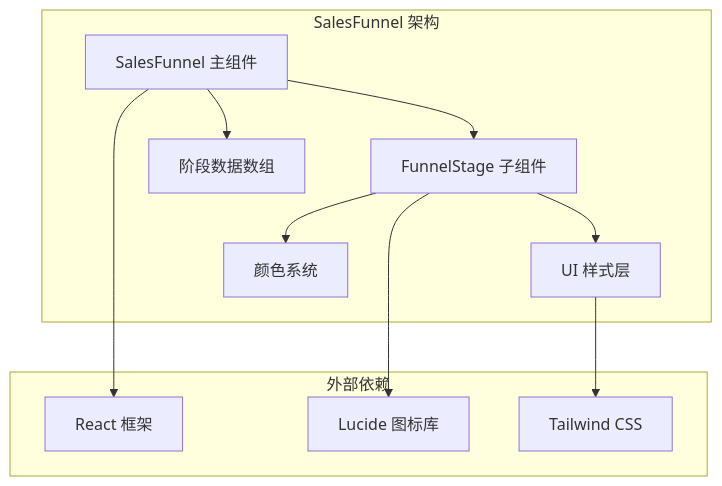
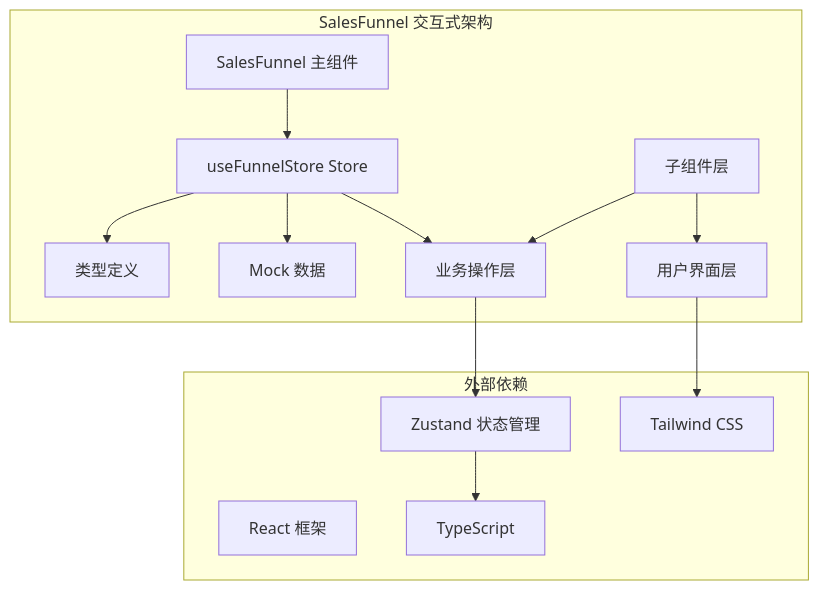
The first of 5 diagrams in .qoder/repowiki/zh/content/API参考/SalesFunnel 销售漏斗组件.md (xianjianshenqu/SalesFlow-CRM), drawn with Mermaid before and after one commit. The commit also changed other lines of this file and 25 other files, not shown here.

````diff
--- a/.qoder/repowiki/zh/content/API参考/SalesFunnel 销售漏斗组件.md
+++ b/.qoder/repowiki/zh/content/API参考/SalesFunnel 销售漏斗组件.md
@@ -86,22 +35,27 @@
 ```mermaid
 graph TD
-subgraph "SalesFunnel 架构"
+subgraph "SalesFunnel 交互式架构"
 SALESFUNNEL[SalesFunnel 主组件]
-FUNNELSTAGE[FunnelStage 子组件]
-DATA[阶段数据数组]
-UI[UI 样式层]
-COLOR[颜色系统]
-SALESFUNNEL --> DATA
-SALESFUNNEL --> FUNNELSTAGE
-FUNNELSTAGE --> UI
-FUNNELSTAGE --> COLOR
+STORE[useFunnelStore Store]
+TYPES[类型定义]
+DATA[Mock 数据]
+UI[用户界面层]
+COMPONENTS[子组件层]
+ACTIONS[业务操作层]
 end
 subgraph "外部依赖"
+ZUSTAND[Zustand 状态管理]
 REACT[React 框架]
-LUCIDE[Lucide 图标库]
 TAILWIND[Tailwind CSS]
+TYPESCRIPT[TypeScript]
 end
-SALESFUNNEL --> REACT
-FUNNELSTAGE --> LUCIDE
+SALESFUNNEL --> STORE
+STORE --> TYPES
+STORE --> DATA
+STORE --> ACTIONS
+COMPONENTS --> UI
+COMPONENTS --> ACTIONS
 UI --> TAILWIND
+ACTIONS --> ZUSTAND
+ZUSTAND --> TYPESCRIPT
 ```
````
